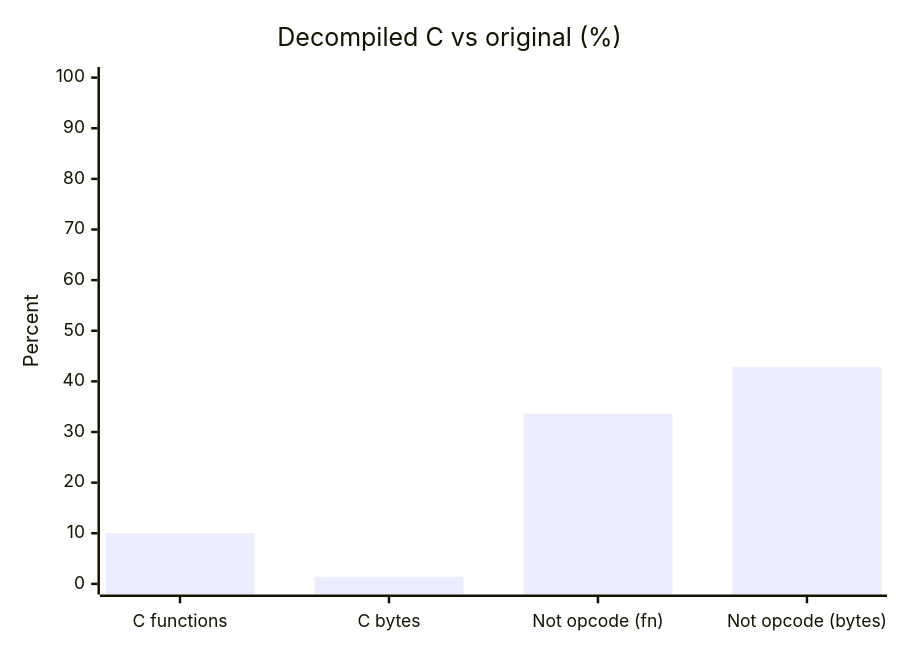
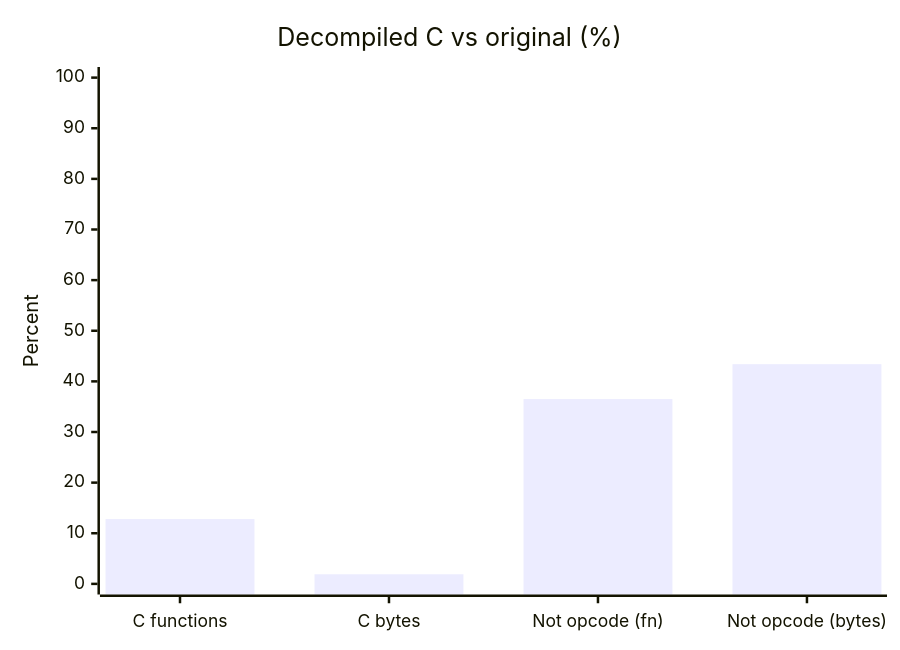
One commit to JesterWizard/beyblade_g_revolution changed the diagram in README.md. Above: the diagram before and after it, drawn with Mermaid. The commit also changed other lines of this file and 24 other files, not shown here.

````diff
--- a/README.md
+++ b/README.md
@@ -19,7 +19,7 @@
 ```mermaid
 xychart-beta
     title "Decompiled C vs original (%)"
     x-axis ["C functions", "C bytes", "Not opcode (fn)", "Not opcode (bytes)"]
     y-axis "Percent" 0 --> 100
-    bar [10.0, 1.4, 33.6, 42.8]
+    bar [12.8, 1.9, 36.5, 43.4]
 ```
````
